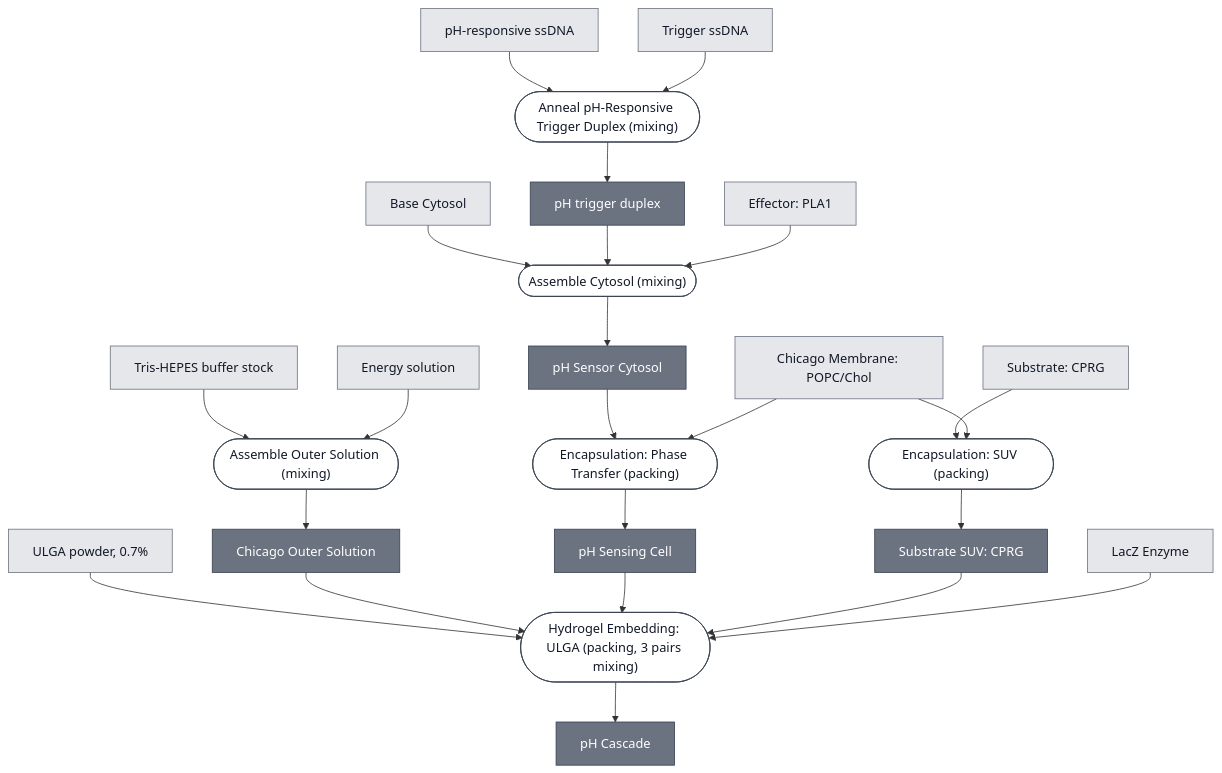
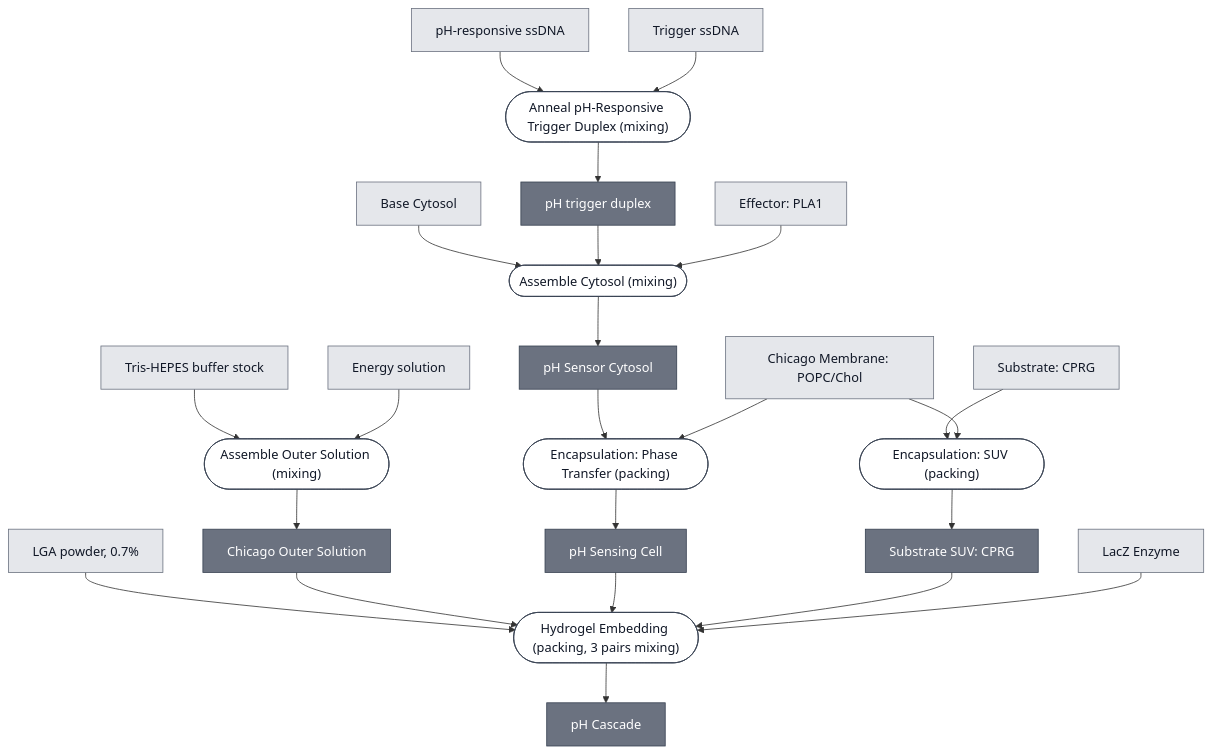
The diagram in docs/modules/ph-cascade/spec.md (nucleus-eng/nucleus-docs), drawn with Mermaid before and after one commit. The commit also changed other lines of this file and 2 other files, not shown here.

First paragraph of the commit message:
The pH path uses LGA, not ULGA, and that reverses a ruling
Jon, 2026-09-24: "update ph-cascade spec to point to the correct gel", and
then, with two vendor datasheets: "confirmed by part number, they're
different gels with different properties!"

````diff
--- a/docs/modules/ph-cascade/spec.md
+++ b/docs/modules/ph-cascade/spec.md
@@ -35,81 +35,81 @@
 ```mermaid
 flowchart TD
     BASE_CYTOSOL["Base Cytosol"]
     PH_RESPONSIVE_SSDNA["pH-responsive ssDNA"]
     TRIGGER_SSDNA["Trigger ssDNA"]
     EFFECTOR_PLA1["Effector: PLA1"]
     MEMBRANE_CHICAGO["Chicago Membrane: POPC/Chol"]
     SUBSTRATE_CPRG["Substrate: CPRG"]
     REPORTER_LACZ_ENZYME["LacZ Enzyme"]
-    ULGA_POWDER["ULGA powder, 0.7%"]
+    LGA_POWDER["LGA powder, 0.7%"]
     TRIS_HEPES_STOCK["Tris-HEPES buffer stock"]
     ENERGY_SOLUTION["Energy solution"]
 
     P1_ASSEMBLE_OUTER_SOLUTION_0(["Assemble Outer Solution (mixing)"])
     OUTER_SOLUTION_CHICAGO["Chicago Outer Solution"]
     P2_ANNEAL_TRIGGER_DUPLEX_0(["Anneal pH-Responsive Trigger Duplex (mixing)"])
     PH_TRIGGER_DUPLEX["pH trigger duplex"]
     P3_ASSEMBLE_CYTOSOL_0(["Assemble Cytosol (mixing)"])
     PH_SENSOR_CYTOSOL["pH Sensor Cytosol"]
     P4_ENCAPSULATE_0(["Encapsulation: Phase Transfer (packing)"])
     PH_SENSING_CELL["pH Sensing Cell"]
     P5_ENCAPSULATE_SUBSTRATE_SUV_0(["Encapsulation: SUV (packing)"])
     SUBSTRATE_CPRG_SUV["Substrate SUV: CPRG"]
-    P6_EMBED_AGAROSE_0(["Hydrogel Embedding: ULGA (packing, 3 pairs mixing)"])
+    P6_EMBED_AGAROSE_0(["Hydrogel Embedding (packing, 3 pairs mixing)"])
     PH_CASCADE["pH Cascade"]
 
     TRIS_HEPES_STOCK --> P1_ASSEMBLE_OUTER_SOLUTION_0
     ENERGY_SOLUTION --> P1_ASSEMBLE_OUTER_SOLUTION_0
     P1_ASSEMBLE_OUTER_SOLUTION_0 --> OUTER_SOLUTION_CHICAGO
 
     PH_RESPONSIVE_SSDNA --> P2_ANNEAL_TRIGGER_DUPLEX_0
     TRIGGER_SSDNA --> P2_ANNEAL_TRIGGER_DUPLEX_0
     P2_ANNEAL_TRIGGER_DUPLEX_0 --> PH_TRIGGER_DUPLEX
 
     BASE_CYTOSOL --> P3_ASSEMBLE_CYTOSOL_0
     PH_TRIGGER_DUPLEX --> P3_ASSEMBLE_CYTOSOL_0
     EFFECTOR_PLA1 --> P3_ASSEMBLE_CYTOSOL_0
     P3_ASSEMBLE_CYTOSOL_0 --> PH_SENSOR_CYTOSOL
 
     PH_SENSOR_CYTOSOL --> P4_ENCAPSULATE_0
     MEMBRANE_CHICAGO --> P4_ENCAPSULATE_0
     P4_ENCAPSULATE_0 --> PH_SENSING_CELL
 
     SUBSTRATE_CPRG --> P5_ENCAPSULATE_SUBSTRATE_SUV_0
     MEMBRANE_CHICAGO --> P5_ENCAPSULATE_SUBSTRATE_SUV_0
     P5_ENCAPSULATE_SUBSTRATE_SUV_0 --> SUBSTRATE_CPRG_SUV
 
-    ULGA_POWDER --> P6_EMBED_AGAROSE_0
+    LGA_POWDER --> P6_EMBED_AGAROSE_0
     OUTER_SOLUTION_CHICAGO --> P6_EMBED_AGAROSE_0
     PH_SENSING_CELL --> P6_EMBED_AGAROSE_0
     SUBSTRATE_CPRG_SUV --> P6_EMBED_AGAROSE_0
     REPORTER_LACZ_ENZYME --> P6_EMBED_AGAROSE_0
     P6_EMBED_AGAROSE_0 --> PH_CASCADE
 
 
     classDef leaf     fill:#e5e7eb,stroke:#6b7280,color:#111827;
     classDef composed fill:#6b7280,stroke:#374151,color:#ffffff;
     classDef process  fill:#ffffff,stroke:#374151,color:#111827;
-    class BASE_CYTOSOL,PH_RESPONSIVE_SSDNA,TRIGGER_SSDNA,EFFECTOR_PLA1,MEMBRANE_CHICAGO,SUBSTRATE_CPRG,REPORTER_LACZ_ENZYME,ULGA_POWDER,TRIS_HEPES_STOCK,ENERGY_SOLUTION leaf;
+    class BASE_CYTOSOL,PH_RESPONSIVE_SSDNA,TRIGGER_SSDNA,EFFECTOR_PLA1,MEMBRANE_CHICAGO,SUBSTRATE_CPRG,REPORTER_LACZ_ENZYME,LGA_POWDER,TRIS_HEPES_STOCK,ENERGY_SOLUTION leaf;
     class OUTER_SOLUTION_CHICAGO,PH_TRIGGER_DUPLEX,PH_SENSOR_CYTOSOL,PH_SENSING_CELL,SUBSTRATE_CPRG_SUV,PH_CASCADE composed;
     class P1_ASSEMBLE_OUTER_SOLUTION_0,P2_ANNEAL_TRIGGER_DUPLEX_0,P3_ASSEMBLE_CYTOSOL_0,P4_ENCAPSULATE_0,P5_ENCAPSULATE_SUBSTRATE_SUV_0,P6_EMBED_AGAROSE_0 process;
 
     click BASE_CYTOSOL "/docs/modules/base-cytosol/spec"
     click EFFECTOR_PLA1 "/docs/modules/effector-pla1/spec"
     click MEMBRANE_CHICAGO "/docs/modules/membrane-popc-chol-chicago/spec"
     click SUBSTRATE_CPRG "/docs/modules/substrate-cprg/spec"
     click REPORTER_LACZ_ENZYME "/docs/modules/reporter-lacz-enzyme/spec"
-    click ULGA_POWDER "/docs/modules/gel-ulga/spec"
+    click LGA_POWDER "/docs/modules/gel-lga/spec"
     click P1_ASSEMBLE_OUTER_SOLUTION_0 "/docs/processes/assemble-outer-solution/main"
     click OUTER_SOLUTION_CHICAGO "/docs/modules/outer-solution-chicago/spec"
     click P2_ANNEAL_TRIGGER_DUPLEX_0 "/docs/processes/anneal-ph-trigger-duplex/main"
     click PH_TRIGGER_DUPLEX "/docs/modules/detector-ph/spec"
     click P3_ASSEMBLE_CYTOSOL_0 "/docs/processes/assemble-cytosol/assemble-cytosol-main"
     click PH_SENSOR_CYTOSOL "/docs/modules/ph-sensor-cytosol/spec"
     click P4_ENCAPSULATE_0 "/docs/processes/assemble-base-cell/main"
     click PH_SENSING_CELL "/docs/modules/ph-sensing-cell/spec"
     click P5_ENCAPSULATE_SUBSTRATE_SUV_0 "/docs/processes/encapsulate-suv/main"
     click SUBSTRATE_CPRG_SUV "/docs/modules/substrate-cprg-suv/spec"
-    click P6_EMBED_AGAROSE_0 "/docs/processes/embed-ulga-hydrogel/main"
+    click P6_EMBED_AGAROSE_0 "/docs/processes/embed-hydrogel/main"
     click PH_CASCADE "/docs/modules/ph-cascade/spec"
 ```
````
